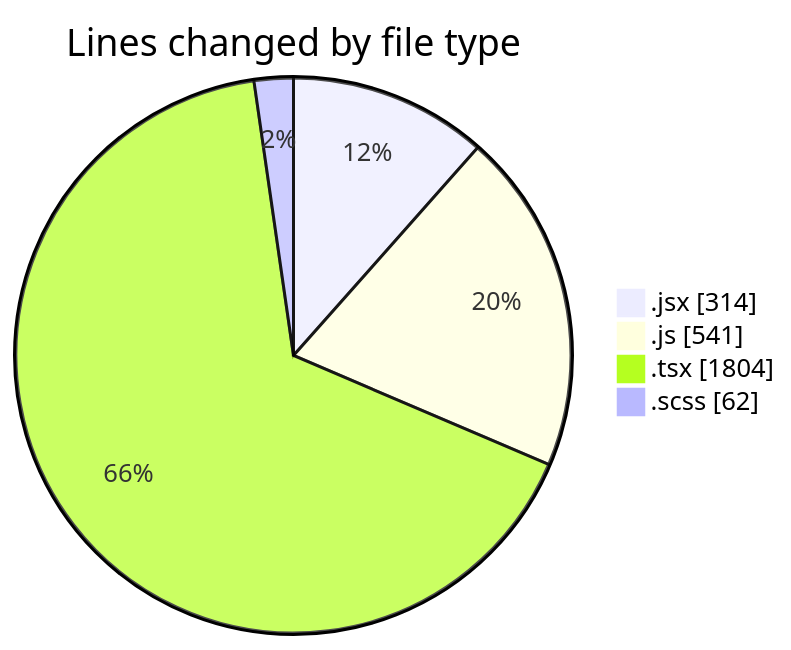
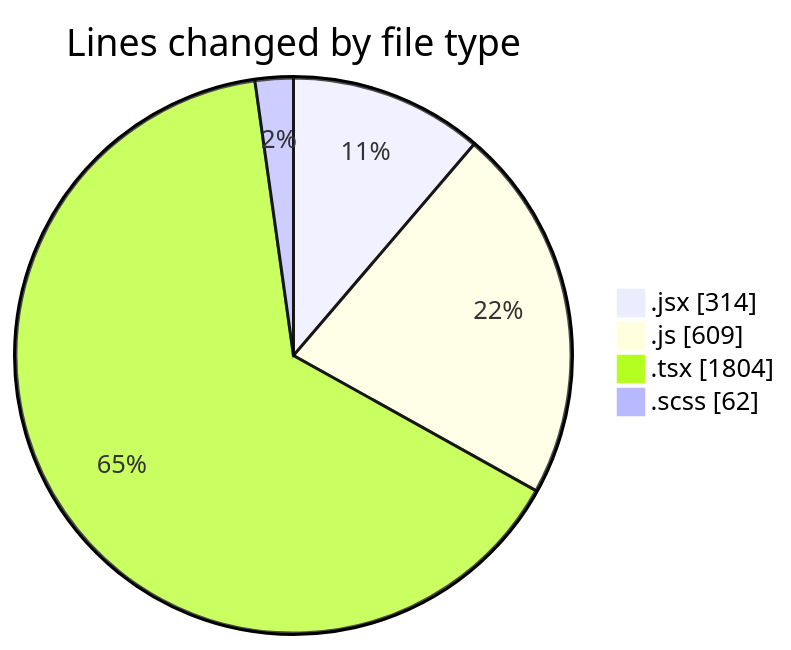
Before and after one commit to momahboobian/code-tracking: the first of 2 diagrams in 2026-02-12/cda/README.md, drawn with Mermaid. The commit also changed other lines of this file and 1 other file, not shown here.

````diff
--- a/2026-02-12/cda/README.md
+++ b/2026-02-12/cda/README.md
@@ -27,8 +27,8 @@
 ```mermaid
 pie showData
 title Lines changed by file type
 ".jsx" : 314
-".js" : 541
+".js" : 609
 ".tsx" : 1804
 ".scss" : 62
 ```
````
